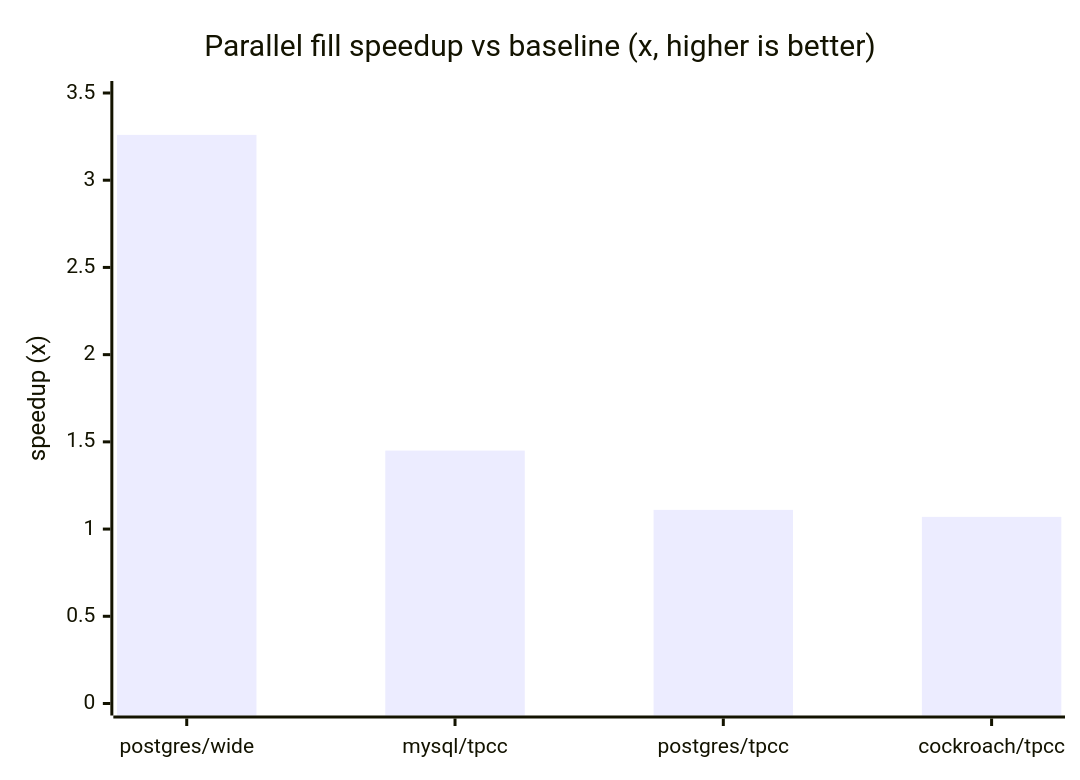
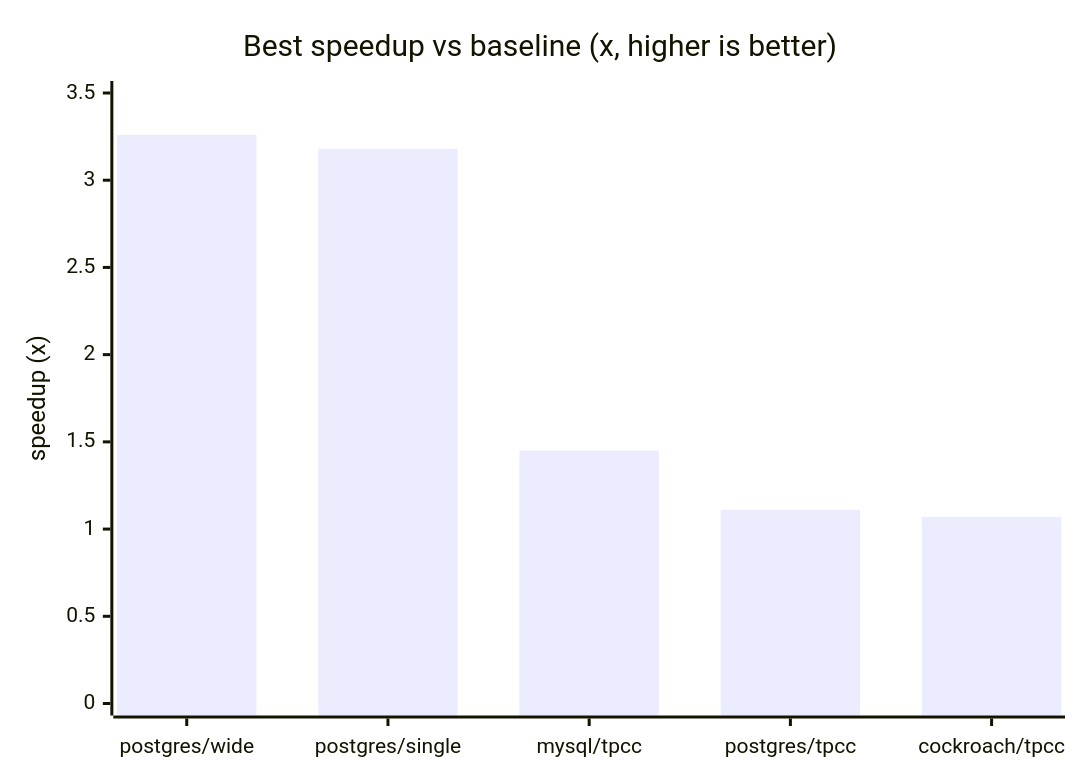
Before and after one commit to timveil/bloviate: the second of 3 diagrams in BENCHMARKS.md, drawn with Mermaid. The commit also changed other lines of this file, not shown here.

````diff
--- a/BENCHMARKS.md
+++ b/BENCHMARKS.md
@@ -166,7 +176,7 @@
 ```mermaid
 xychart-beta
-    title "Parallel fill speedup vs baseline (x, higher is better)"
-    x-axis ["postgres/wide", "mysql/tpcc", "postgres/tpcc", "cockroach/tpcc"]
+    title "Best speedup vs baseline (x, higher is better)"
+    x-axis ["postgres/wide", "postgres/single", "mysql/tpcc", "postgres/tpcc", "cockroach/tpcc"]
     y-axis "speedup (x)" 0 --> 3.5
-    bar [3.26, 1.45, 1.11, 1.07]
+    bar [3.26, 3.18, 1.45, 1.11, 1.07]
 ```
````
